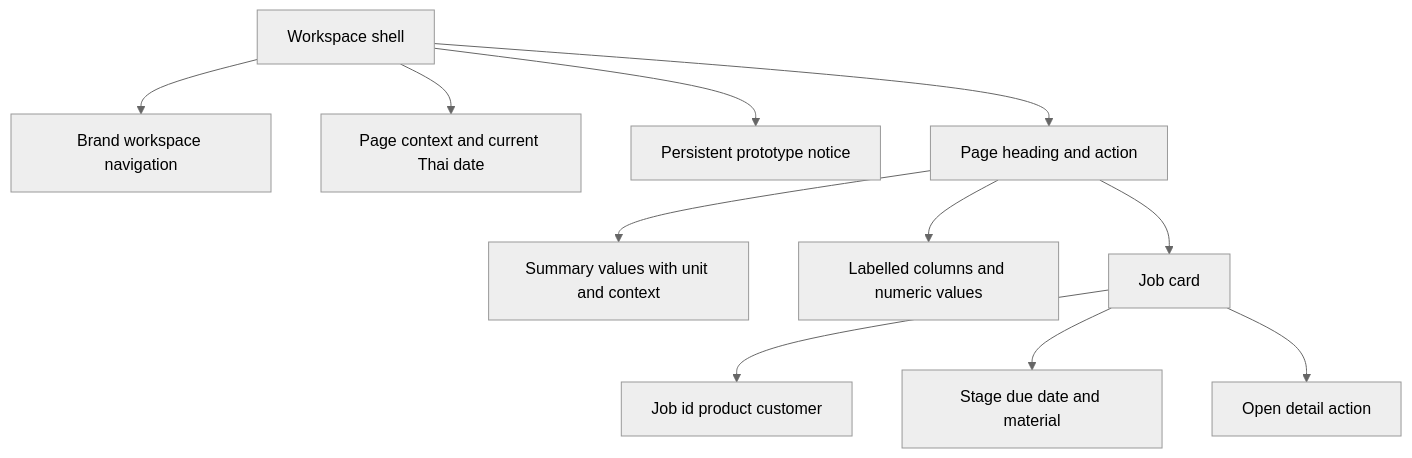
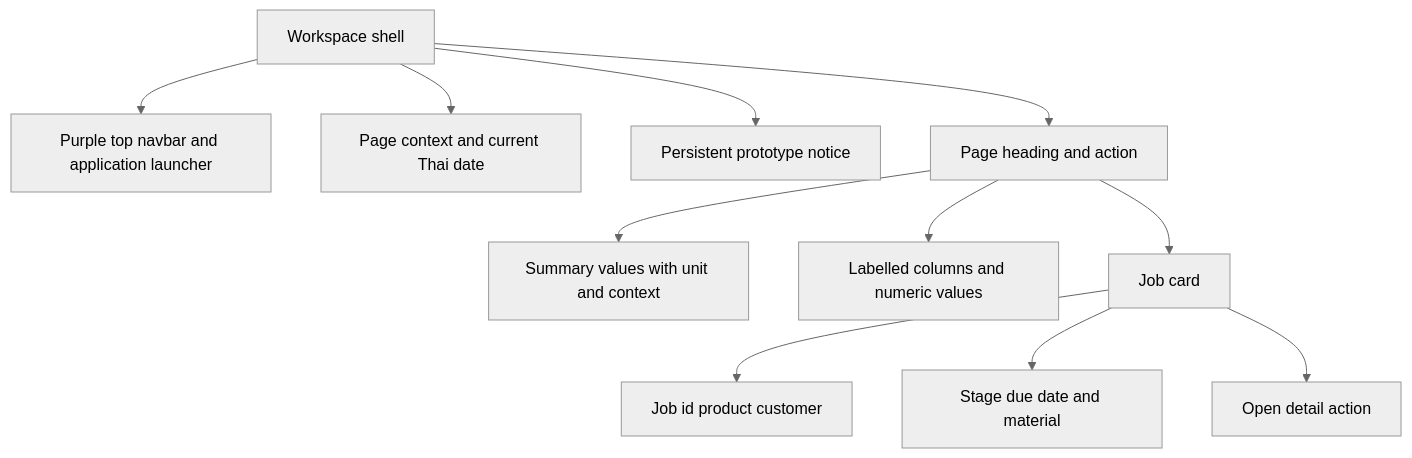
The diagram in specs/DESIGN_SYSTEM.md (nk02388-cyber/PrintFlow-ERP), drawn with Mermaid (neutral theme) before and after one commit. The commit also changed other lines of this file and 5 other files, not shown here.

````diff
--- a/specs/DESIGN_SYSTEM.md
+++ b/specs/DESIGN_SYSTEM.md
@@ -10,13 +10,13 @@
 ```mermaid
 flowchart TD
-  Shell[Workspace shell] --> Sidebar[Brand workspace navigation]
+  Shell[Workspace shell] --> Sidebar[Purple top navbar and application launcher]
   Shell --> Header[Page context and current Thai date]
   Shell --> Demo[Persistent prototype notice]
   Shell --> Main[Page heading and action]
   Main --> Indicators[Summary values with unit and context]
   Main --> Table[Labelled columns and numeric values]
   Main --> Job[Job card]
   Job --> Identity[Job id product customer]
   Job --> Status[Stage due date and material]
   Job --> Action[Open detail action]
 ```
````
